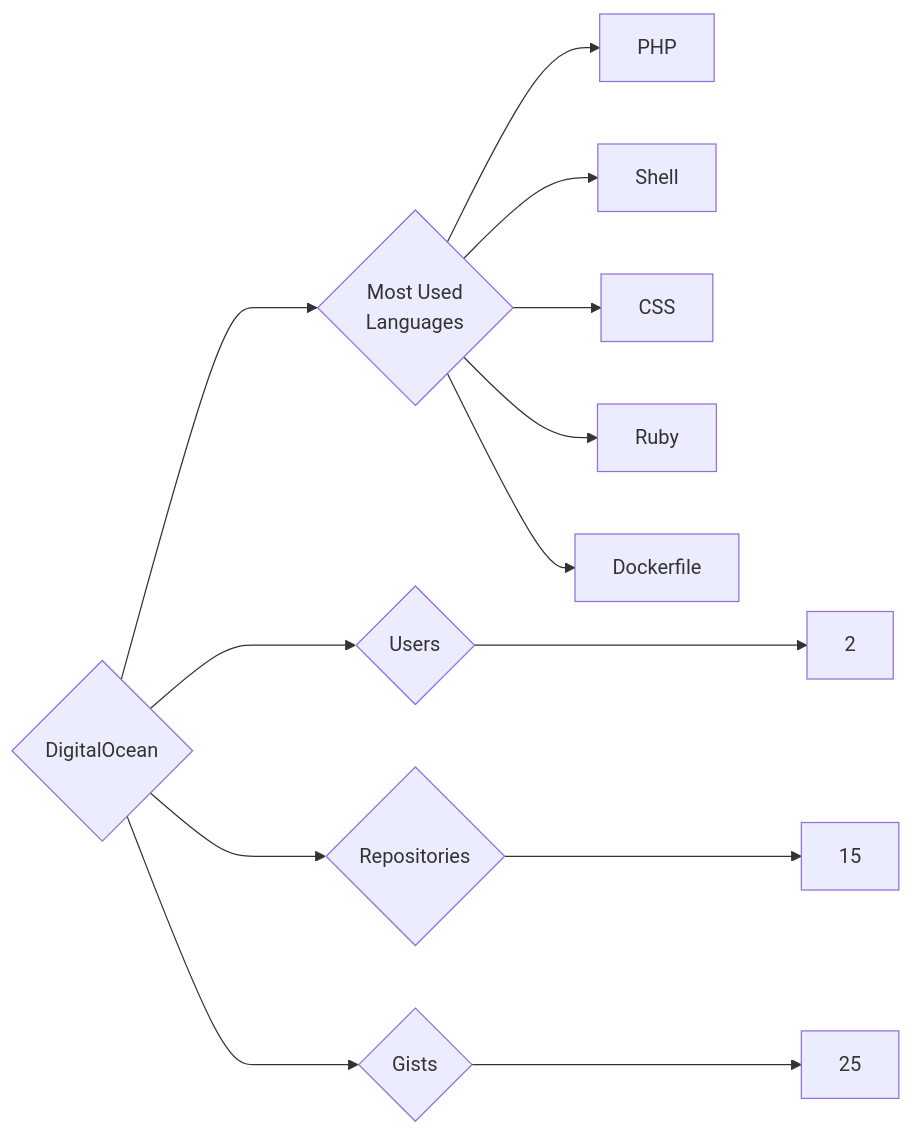
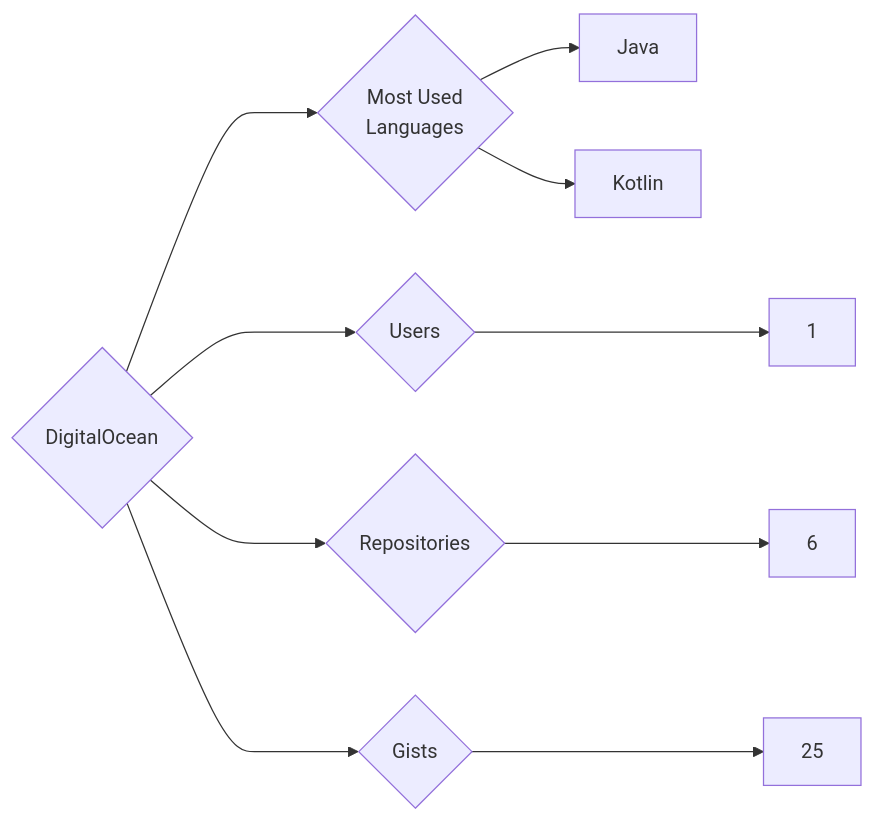
One commit to trickest/insiders changed the diagram in targets/DigitalOcean/README.md. Above: the diagram before and after it, drawn with Mermaid. The commit also changed 857 other files, not shown here.

````diff
--- a/targets/DigitalOcean/README.md
+++ b/targets/DigitalOcean/README.md
@@ -3,13 +3,10 @@
 ```mermaid
 graph LR
 COMPANY_NAME{DigitalOcean}
-COMPANY_NAME ---> U{Users} ---> UN[2]
-COMPANY_NAME ---> R{Repositories} ---> RN[15]
+COMPANY_NAME ---> U{Users} ---> UN[1]
+COMPANY_NAME ---> R{Repositories} ---> RN[6]
 COMPANY_NAME ---> G{Gists} ---> GN[25]
 COMPANY_NAME ---> ML{Most Used<br>Languages}
-ML --> PHP[PHP]
-ML --> Shell[Shell]
-ML --> CSS[CSS]
-ML --> Ruby[Ruby]
-ML --> Dockerfile[Dockerfile]
+ML --> Java[Java]
+ML --> Kotlin[Kotlin]
 ```
````
